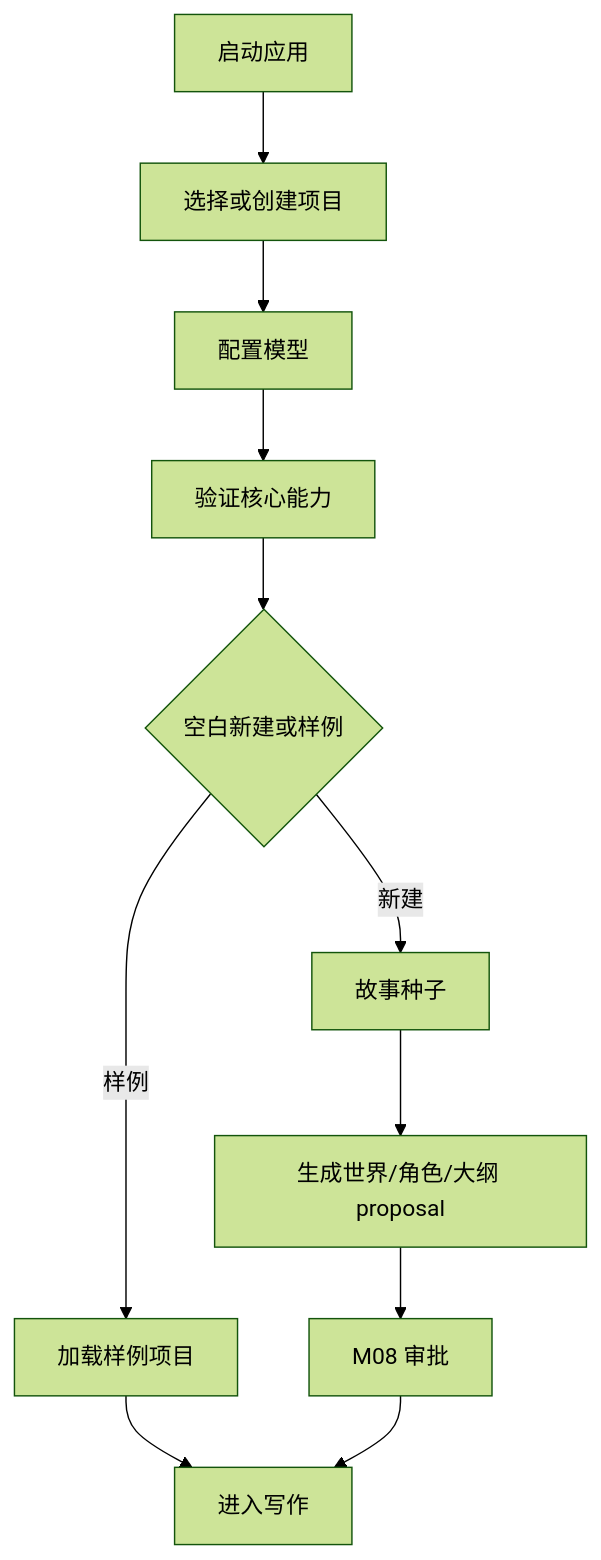
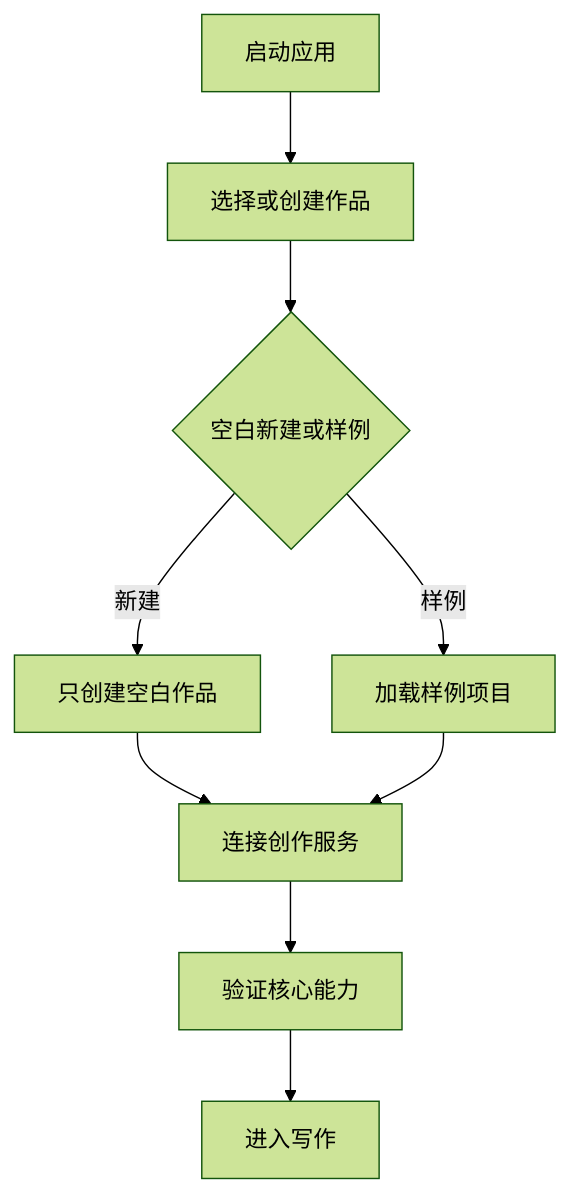
Before and after one commit to jinhuang712/open-novel: the diagram in spec/M15-onboarding-and-new-book.md, drawn with Mermaid (forest theme). The commit also changed other lines of this file and 4 other files, not shown here.

````diff
--- a/spec/M15-onboarding-and-new-book.md
+++ b/spec/M15-onboarding-and-new-book.md
@@ -7,13 +7,11 @@
 ```mermaid
 flowchart TD
-  Start[启动应用] --> ProjectChoice[选择或创建项目]
-  ProjectChoice --> Model[配置模型]
-  Model --> Verify[验证核心能力]
-  Verify --> Project{空白新建或样例}
-  Project -->|新建| Seed[故事种子]
-  Seed --> World[生成世界/角色/大纲 proposal]
+  Start[启动应用] --> ProjectChoice[选择或创建作品]
+  ProjectChoice --> Project{空白新建或样例}
+  Project -->|新建| Empty[只创建空白作品]
   Project -->|样例| Sample[加载样例项目]
-  World --> Approval[M08 审批]
-  Sample --> Ready[进入写作]
-  Approval --> Ready
+  Empty --> Connect[连接创作服务]
+  Sample --> Connect
+  Connect --> Verify[验证核心能力]
+  Verify --> Ready[进入写作]
 ```
````
